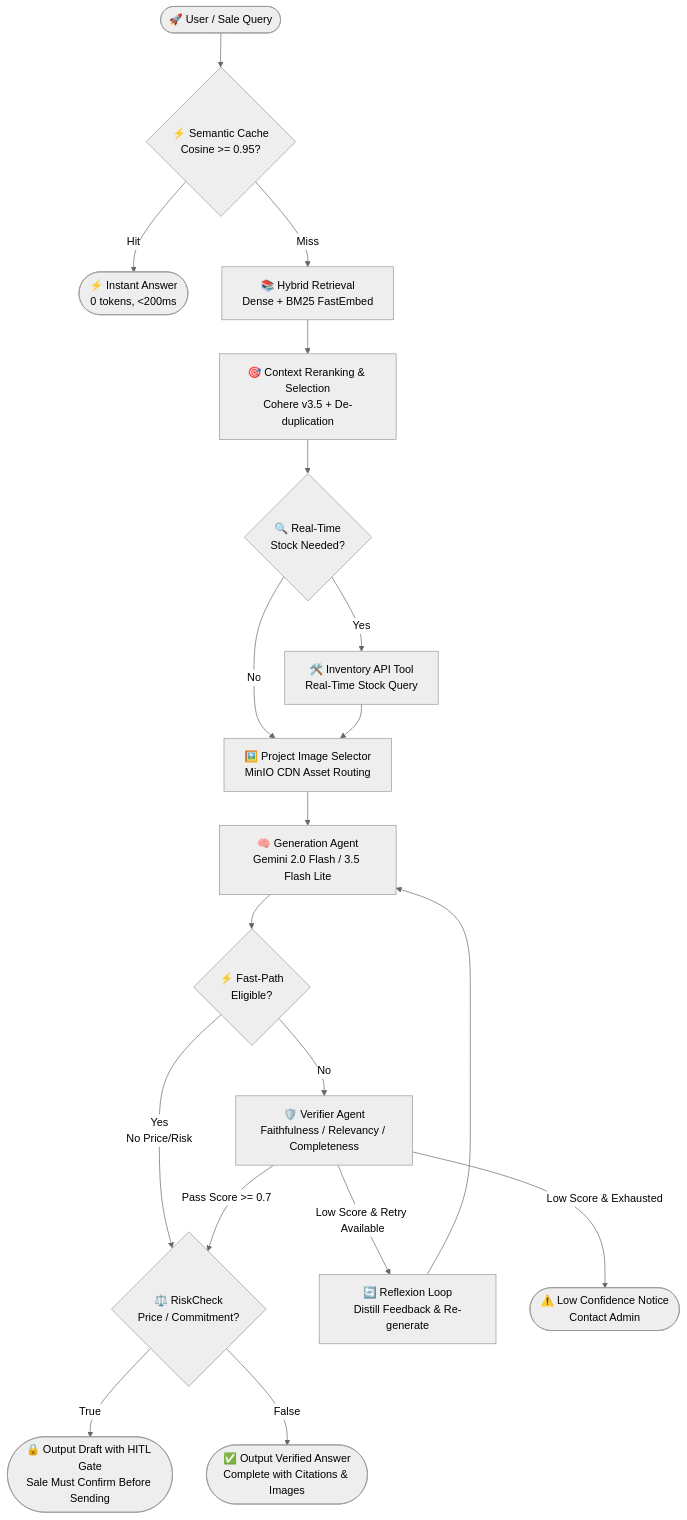
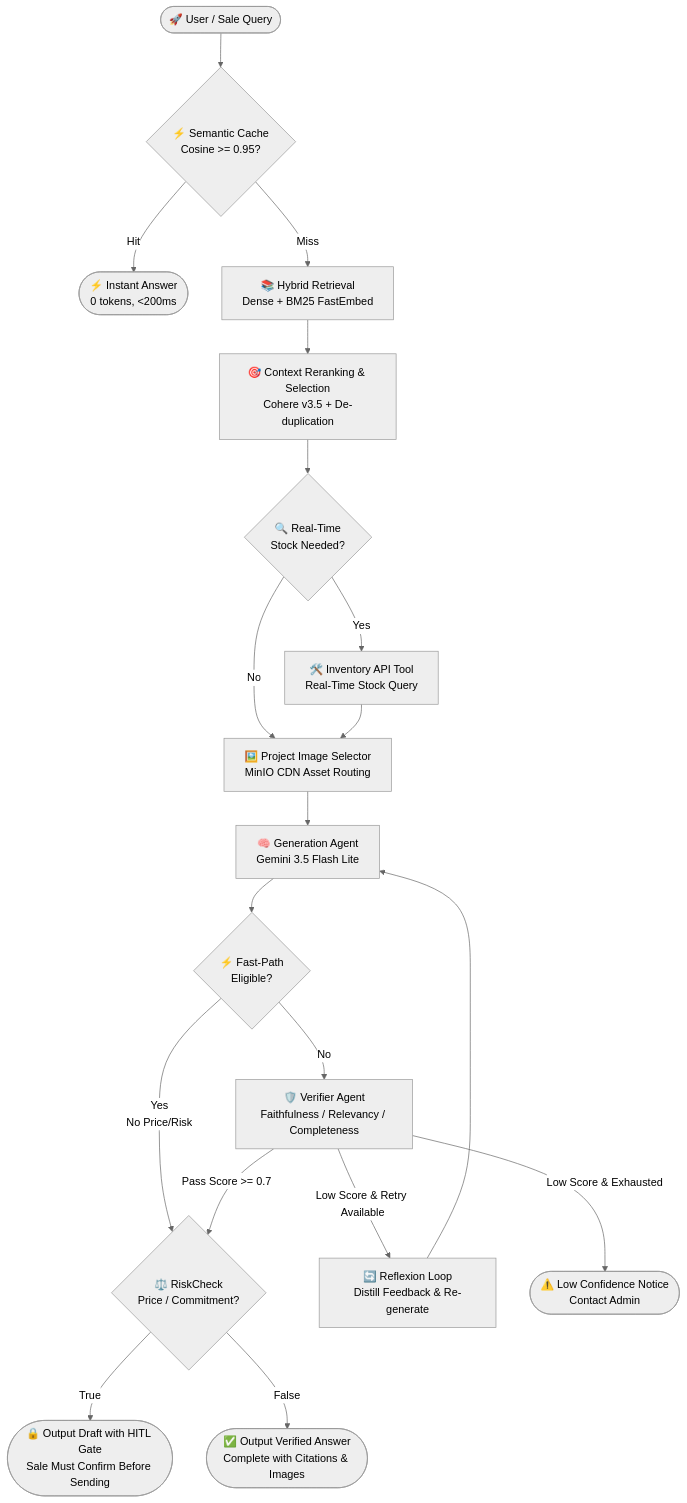
The diagram in README.md (peterparkervanphuc/auremont-ai-agent), drawn with Mermaid (neutral theme) before and after one commit. The commit also changed other lines of this file and 7 other files, not shown here.

````diff
--- a/README.md
+++ b/README.md
@@ -43,29 +43,29 @@
 ```mermaid
 flowchart TB
   Start(["🚀 User / Sale Query"]) --> CacheCheck{"⚡ Semantic Cache<br/>Cosine >= 0.95?"}
 
   CacheCheck -- "Hit" --> CachedResponse(["⚡ Instant Answer<br/>0 tokens, &lt;200ms"])
   CacheCheck -- "Miss" --> Retrieve["📚 Hybrid Retrieval<br/>Dense + BM25 FastEmbed"]
 
   Retrieve --> Rerank["🎯 Context Reranking & Selection<br/>Cohere v3.5 + De-duplication"]
   Rerank --> IntentCheck{"🔍 Real-Time<br/>Stock Needed?"}
 
   IntentCheck -- "Yes" --> ToolCall["🛠️ Inventory API Tool<br/>Real-Time Stock Query"]
   IntentCheck -- "No" --> ImageTool
   ToolCall --> ImageTool["🖼️ Project Image Selector<br/>MinIO CDN Asset Routing"]
 
-  ImageTool --> Generate["🧠 Generation Agent<br/>Gemini 2.0 Flash / 3.5 Flash Lite"]
+  ImageTool --> Generate["🧠 Generation Agent<br/>Gemini 3.5 Flash Lite"]
 
   Generate --> FastPathCheck{"⚡ Fast-Path<br/>Eligible?"}
   FastPathCheck -- "Yes<br/>No Price/Risk" --> RiskCheck
   FastPathCheck -- "No" --> Verify["🛡️ Verifier Agent<br/>Faithfulness / Relevancy / Completeness"]
 
   Verify -- "Low Score & Retry Available" --> BumpRetry["🔄 Reflexion Loop<br/>Distill Feedback & Re-generate"]
   BumpRetry --> Generate
 
   Verify -- "Low Score & Exhausted" --> Decline(["⚠️ Low Confidence Notice<br/>Contact Admin"])
   Verify -- "Pass Score >= 0.7" --> RiskCheck{"⚖️ RiskCheck<br/>Price / Commitment?"}
 
   RiskCheck -- "True" --> HITLCard(["🔒 Output Draft with HITL Gate<br/>Sale Must Confirm Before Sending"])
   RiskCheck -- "False" --> VerifiedResponse(["✅ Output Verified Answer<br/>Complete with Citations & Images"])
 ```
````
